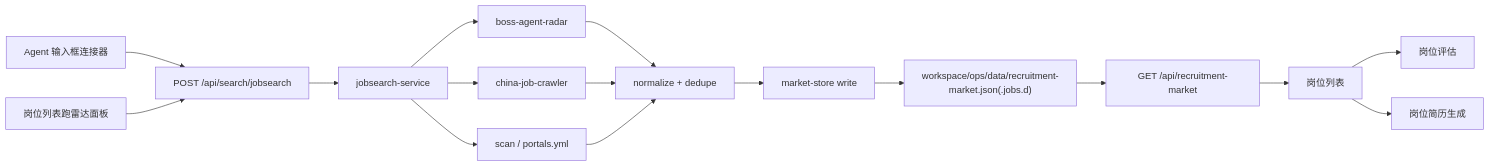
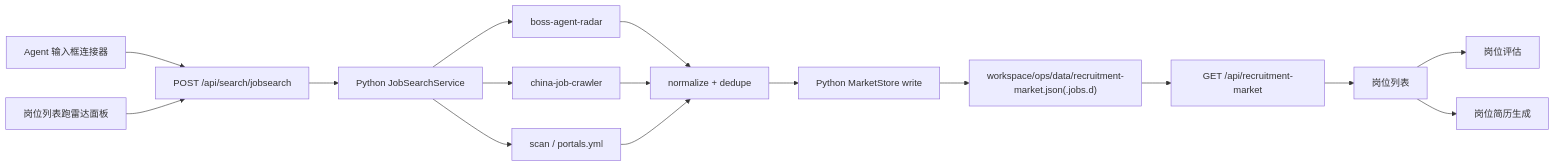
One commit to wdb-123/GiveUoffer changed the diagram in docs/product/job-search-connector-architecture.md. Above: the diagram before and after it, drawn with Mermaid. The commit also changed other lines of this file and 2 other files, not shown here.

Commit message:
route job search docs to python daemon

````diff
--- a/docs/product/job-search-connector-architecture.md
+++ b/docs/product/job-search-connector-architecture.md
@@ -206,18 +199,18 @@
 ```mermaid
 flowchart LR
   Composer["Agent 输入框连接器"] --> API["POST /api/search/jobsearch"]
   MarketPanel["岗位列表跑雷达面板"] --> API
-  API --> Service["jobsearch-service"]
+  API --> Service["Python JobSearchService"]
   Service --> Boss["boss-agent-radar"]
   Service --> Crawler["china-job-crawler"]
   Service --> Portals["scan / portals.yml"]
   Boss --> Normalize["normalize + dedupe"]
   Crawler --> Normalize
   Portals --> Normalize
-  Normalize --> Store["market-store write"]
+  Normalize --> Store["Python MarketStore write"]
   Store --> Files["workspace/ops/data/recruitment-market.json(.jobs.d)"]
   Files --> MarketAPI["GET /api/recruitment-market"]
   MarketAPI --> MarketView["岗位列表"]
   MarketView --> Evaluate["岗位评估"]
   MarketView --> Resume["岗位简历生成"]
 ```
````
